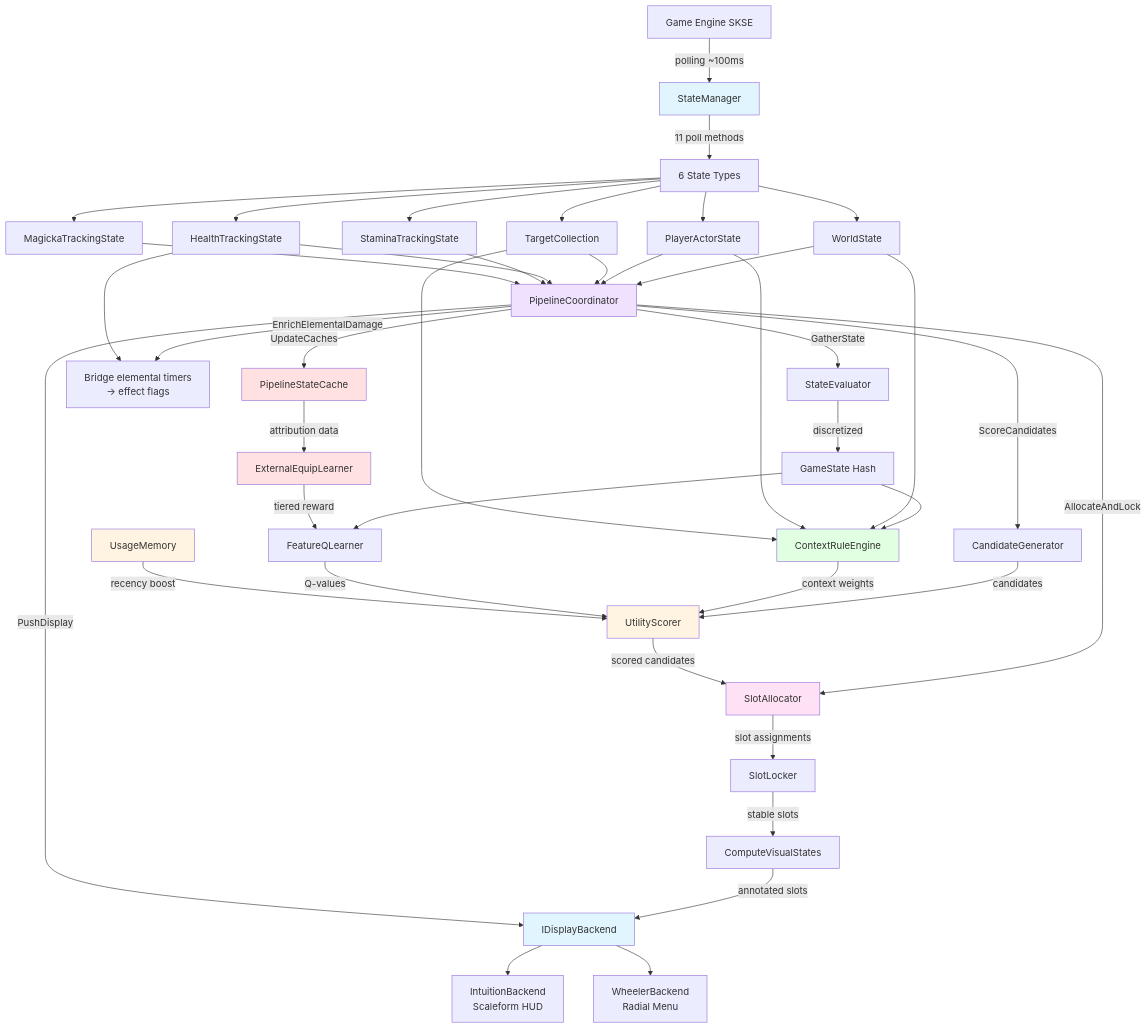
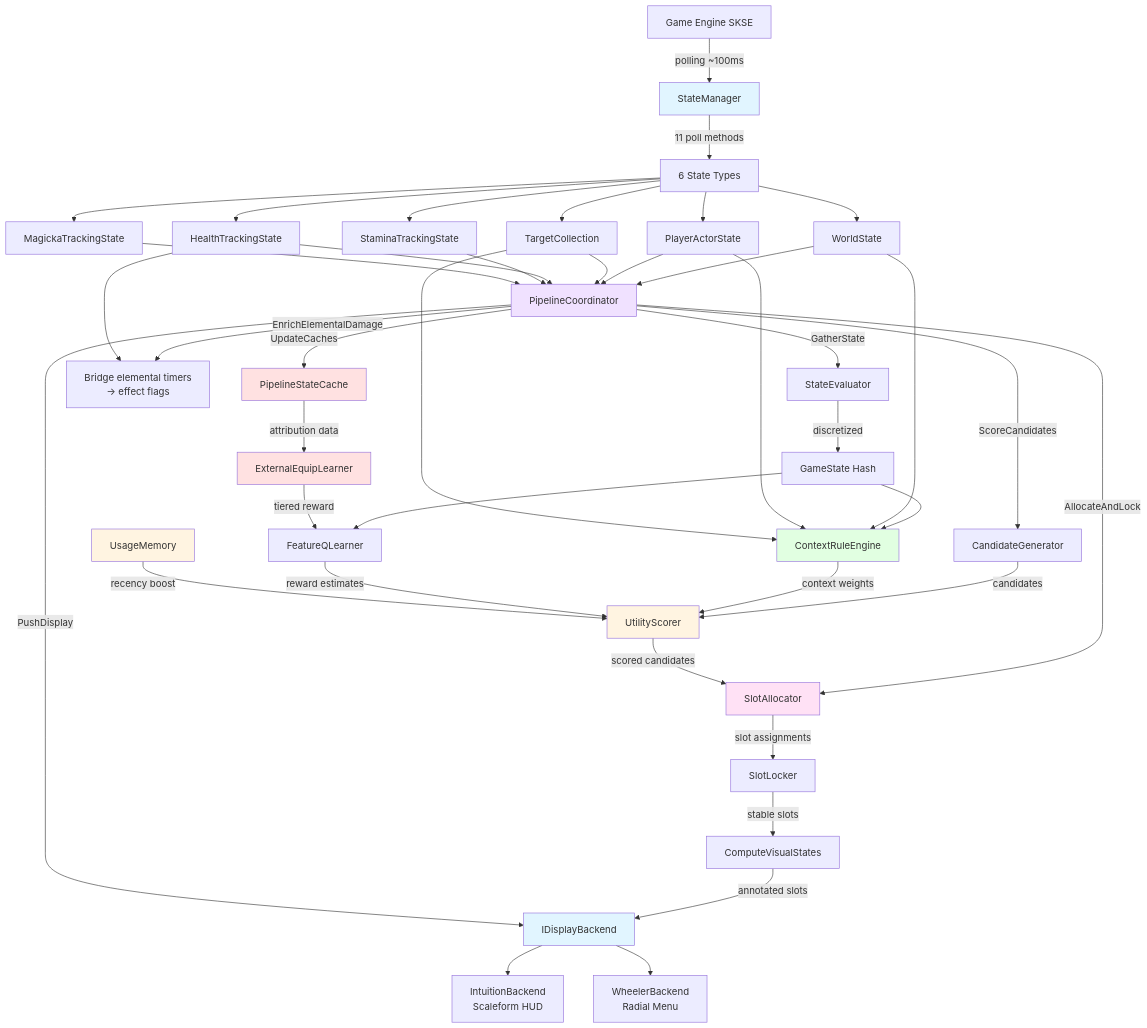
Before and after one commit to LandingCrew/huginn: the first of 10 diagrams in docs/architecture/0-pipeline.md, drawn with Mermaid. The commit also changed other lines of this file and 39 other files, not shown here.

````diff
--- a/docs/architecture/0-pipeline.md
+++ b/docs/architecture/0-pipeline.md
@@ -42,63 +42,63 @@
 ```mermaid
 graph TB
     Game[Game Engine SKSE] -->|polling ~100ms| SM[StateManager]
     SM -->|11 poll methods| States[6 State Types]
 
     States --> WS[WorldState]
     States --> PAS[PlayerActorState]
     States --> TC[TargetCollection]
     States --> HTS[HealthTrackingState]
     States --> STS[StaminaTrackingState]
     States --> MTS[MagickaTrackingState]
 
     WS --> PC[PipelineCoordinator]
     PAS --> PC
     TC --> PC
     HTS --> PC
     STS --> PC
     MTS --> PC
 
     PC -->|GatherState| SE[StateEvaluator]
     SE -->|discretized| GS[GameState Hash]
 
     PC -->|EnrichElementalDamage| Enrich[Bridge elemental timers<br/>→ effect flags]
     HTS --> Enrich
 
     PC -->|ScoreCandidates| CG[CandidateGenerator]
     CG -->|candidates| US[UtilityScorer]
 
     GS --> CRE[ContextRuleEngine]
     WS --> CRE
     PAS --> CRE
     TC --> CRE
     CRE -->|context weights| US
 
     GS --> QL[FeatureQLearner]
-    QL -->|Q-values| US
+    QL -->|reward estimates| US
 
     UM[UsageMemory] -->|recency boost| US
 
     PC -->|AllocateAndLock| SA[SlotAllocator]
     US -->|scored candidates| SA
     SA -->|slot assignments| SL[SlotLocker]
     SL -->|stable slots| VS[ComputeVisualStates]
     VS -->|annotated slots| Display
 
     PC -->|UpdateCaches| PSC[PipelineStateCache]
     PSC -->|attribution data| EEL[ExternalEquipLearner]
     EEL -->|tiered reward| QL
 
     PC -->|PushDisplay| Display[IDisplayBackend]
     Display --> IB[IntuitionBackend<br/>Scaleform HUD]
     Display --> WB[WheelerBackend<br/>Radial Menu]
 
     style SM fill:#e1f5ff
     style PC fill:#f0e1ff
     style US fill:#fff4e1
     style CRE fill:#e1ffe1
     style SA fill:#ffe1f5
     style PSC fill:#ffe1e1
     style EEL fill:#ffe1e1
     style UM fill:#fff4e1
     style Display fill:#e1f5ff
 ```
````
